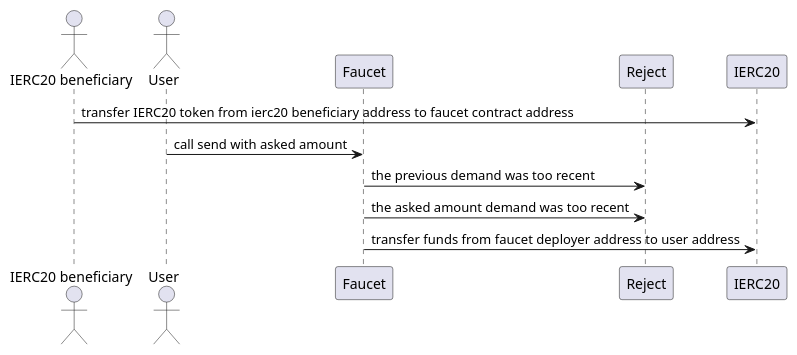
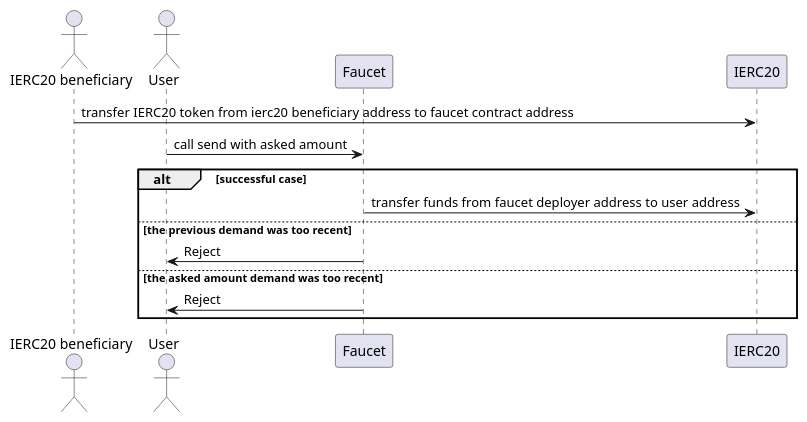
One commit to thesandboxgame/sandbox-smart-contracts changed the second of 2 diagrams in docs/topics/faucet/Faucet.md. Above: the diagram before and after it, drawn with PlantUML. The commit also changed other lines of this file and 4 other files, not shown here.

````diff
--- a/docs/topics/faucet/Faucet.md
+++ b/docs/topics/faucet/Faucet.md
@@ -76,15 +76,18 @@
 ```plantuml
 @startuml
   actor "IERC20 beneficiary"
   actor User
   participant Faucet
-  participant Reject
   participant IERC20
 
   "IERC20 beneficiary" -> "IERC20" : transfer IERC20 token from ierc20 beneficiary address to faucet contract address
   "User" -> "Faucet" : call send with asked amount
-  "Faucet" -> "Reject" : the previous demand was too recent
-  "Faucet" -> "Reject" : the asked amount demand was too recent
+  alt successful case
   "Faucet" -> "IERC20" : transfer funds from faucet deployer address to user address
+  else the previous demand was too recent
+  "Faucet" -> "User" : Reject
+  else the asked amount demand was too recent
+  "Faucet" -> "User" : Reject
+  end
 @enduml
 ```
````
